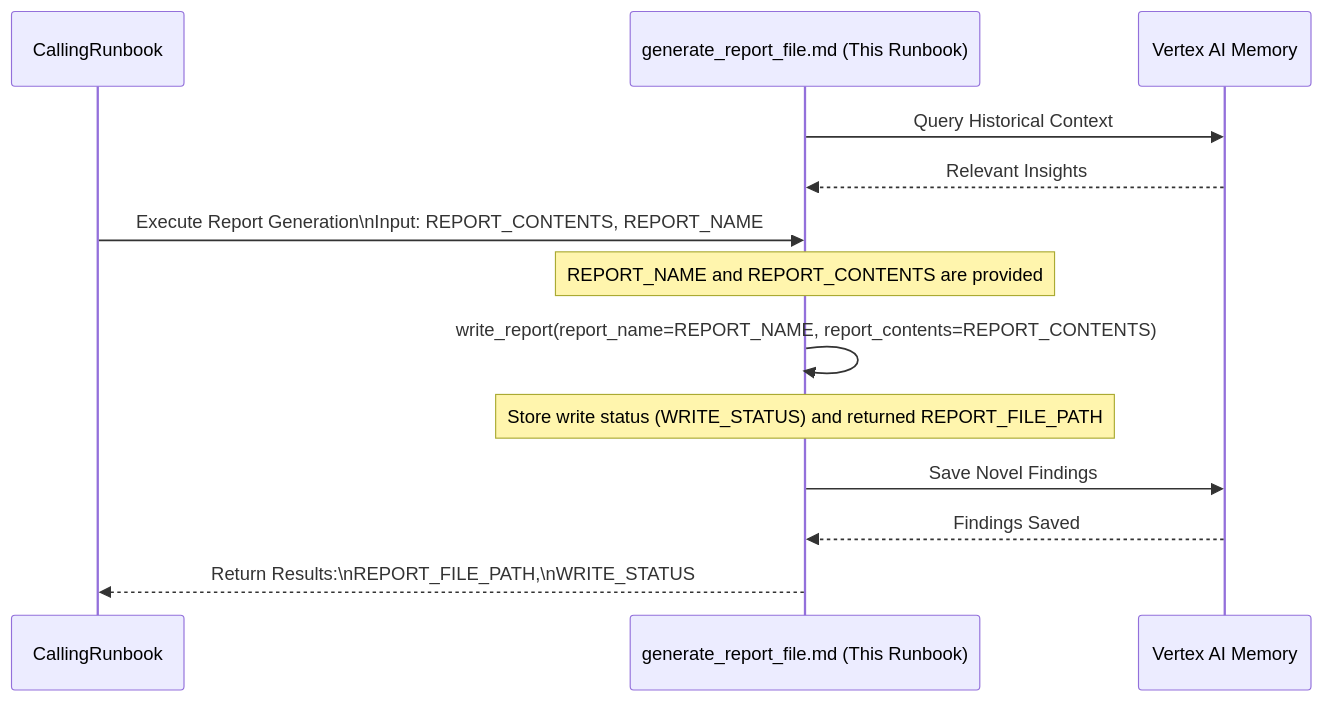
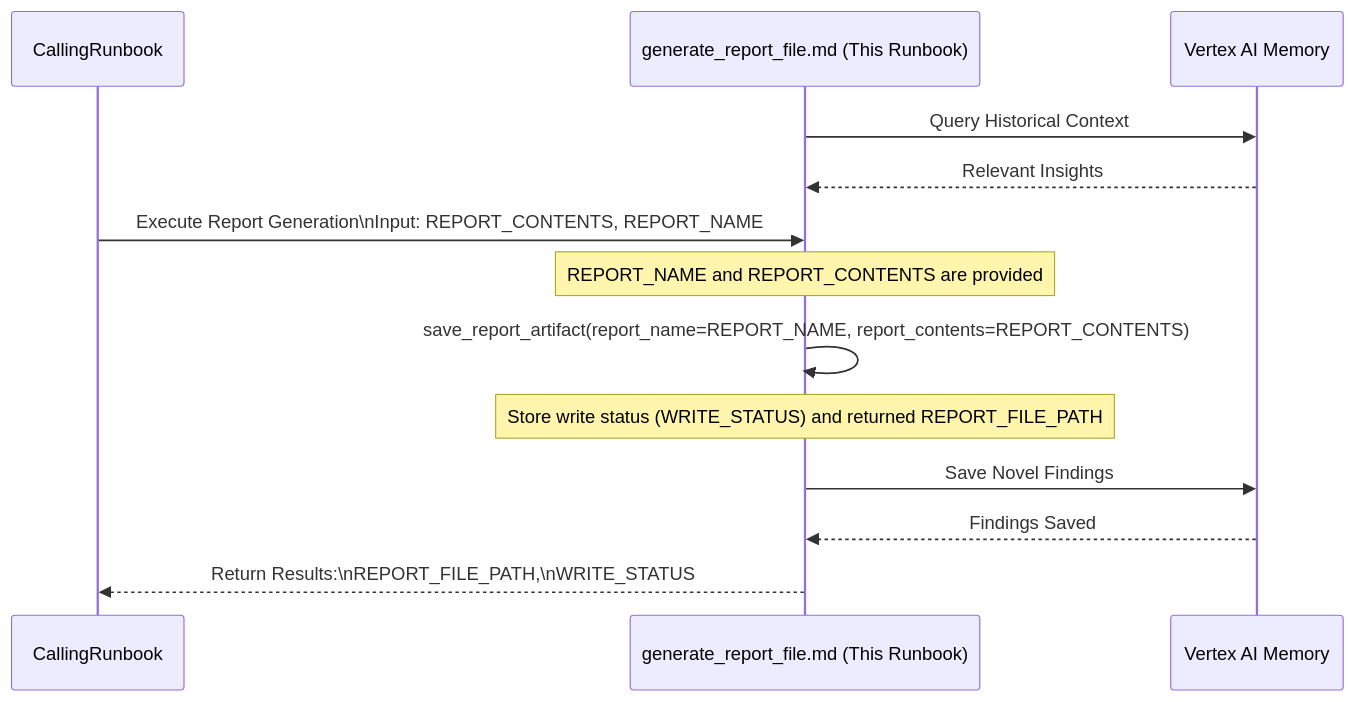
One commit to dandye/adk_runbooks changed the diagram in rules-bank/run_books/common_steps/generate_report_file.md. Above: the diagram before and after it, drawn with Mermaid. The commit also changed other lines of this file and 109 other files, not shown here.

````diff
--- a/rules-bank/run_books/common_steps/generate_report_file.md
+++ b/rules-bank/run_books/common_steps/generate_report_file.md
@@ -36,27 +40,27 @@
 ```mermaid
 sequenceDiagram
     participant CallingRunbook
     participant GenerateReportFile as generate_report_file.md (This Runbook)
     participant Memory as Vertex AI Memory
 
 
     %% Step: Query Memory Context
     GenerateReportFile->>Memory: Query Historical Context
     Memory-->>GenerateReportFile: Relevant Insights
     CallingRunbook->>GenerateReportFile: Execute Report Generation\nInput: REPORT_CONTENTS, REPORT_NAME
 
     %% Step 2: Prepare Report Details
     Note over GenerateReportFile: REPORT_NAME and REPORT_CONTENTS are provided
 
     %% Step 3: Write Report
-    GenerateReportFile->>GenerateReportFile: write_report(report_name=REPORT_NAME, report_contents=REPORT_CONTENTS)
+    GenerateReportFile->>GenerateReportFile: save_report_artifact(report_name=REPORT_NAME, report_contents=REPORT_CONTENTS)
     Note over GenerateReportFile: Store write status (WRITE_STATUS) and returned REPORT_FILE_PATH
 
     %% Step 4: Return Status
 
     %% Step: Save Findings to Memory
     GenerateReportFile->>Memory: Save Novel Findings
     Memory-->>GenerateReportFile: Findings Saved
     GenerateReportFile-->>CallingRunbook: Return Results:\nREPORT_FILE_PATH,\nWRITE_STATUS
 
 ```
````
